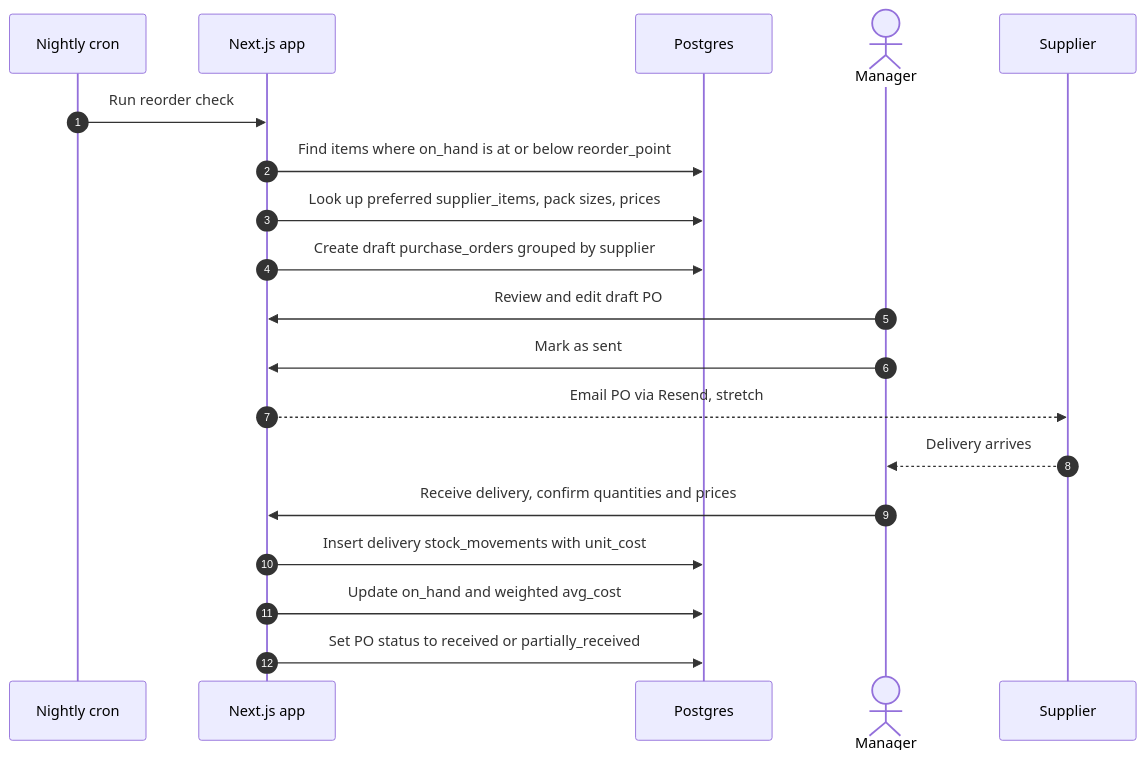
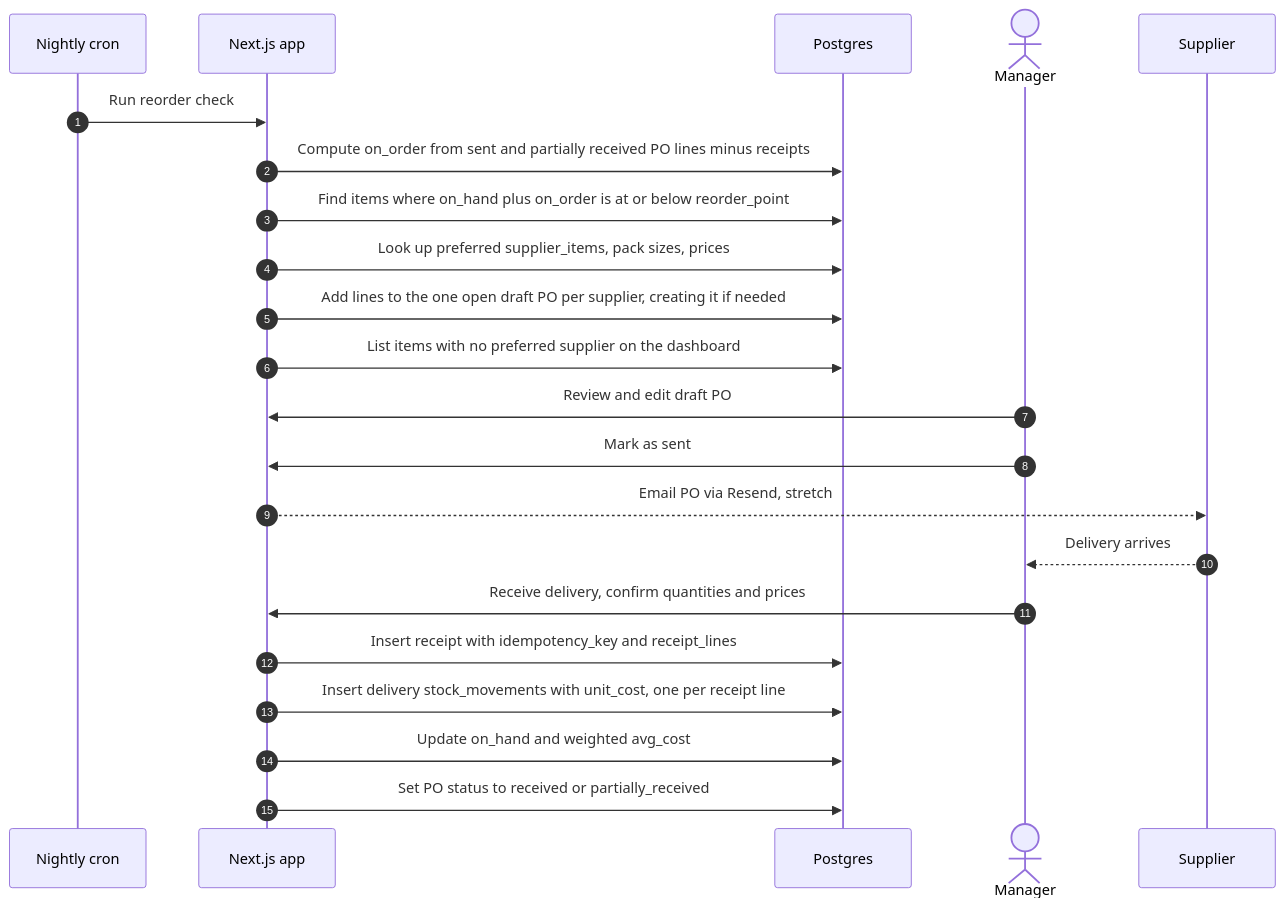
Before and after one commit to trevorwattles/DatabaseProject: the eighth of 8 diagrams in docs/PROPOSAL.md, drawn with Mermaid. The commit also changed other lines of this file and 4 other files, not shown here.

````diff
--- a/docs/PROPOSAL.md
+++ b/docs/PROPOSAL.md
@@ -562,21 +780,24 @@
 ```mermaid
 sequenceDiagram
     autonumber
     participant CRON as Nightly cron
     participant APP as Next.js app
     participant DB as Postgres
     actor M as Manager
     participant SUP as Supplier
     CRON->>APP: Run reorder check
-    APP->>DB: Find items where on_hand is at or below reorder_point
+    APP->>DB: Compute on_order from sent and partially received PO lines minus receipts
+    APP->>DB: Find items where on_hand plus on_order is at or below reorder_point
     APP->>DB: Look up preferred supplier_items, pack sizes, prices
-    APP->>DB: Create draft purchase_orders grouped by supplier
+    APP->>DB: Add lines to the one open draft PO per supplier, creating it if needed
+    APP->>DB: List items with no preferred supplier on the dashboard
     M->>APP: Review and edit draft PO
     M->>APP: Mark as sent
     APP-->>SUP: Email PO via Resend, stretch
     SUP-->>M: Delivery arrives
     M->>APP: Receive delivery, confirm quantities and prices
-    APP->>DB: Insert delivery stock_movements with unit_cost
+    APP->>DB: Insert receipt with idempotency_key and receipt_lines
+    APP->>DB: Insert delivery stock_movements with unit_cost, one per receipt line
     APP->>DB: Update on_hand and weighted avg_cost
     APP->>DB: Set PO status to received or partially_received
 ```
````
